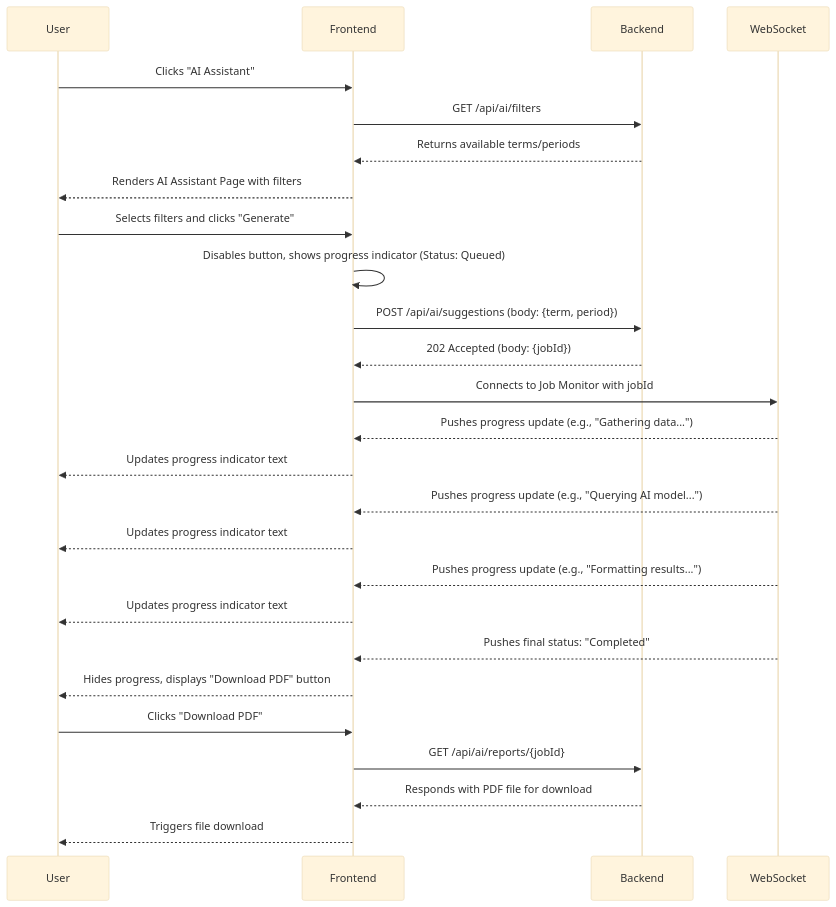
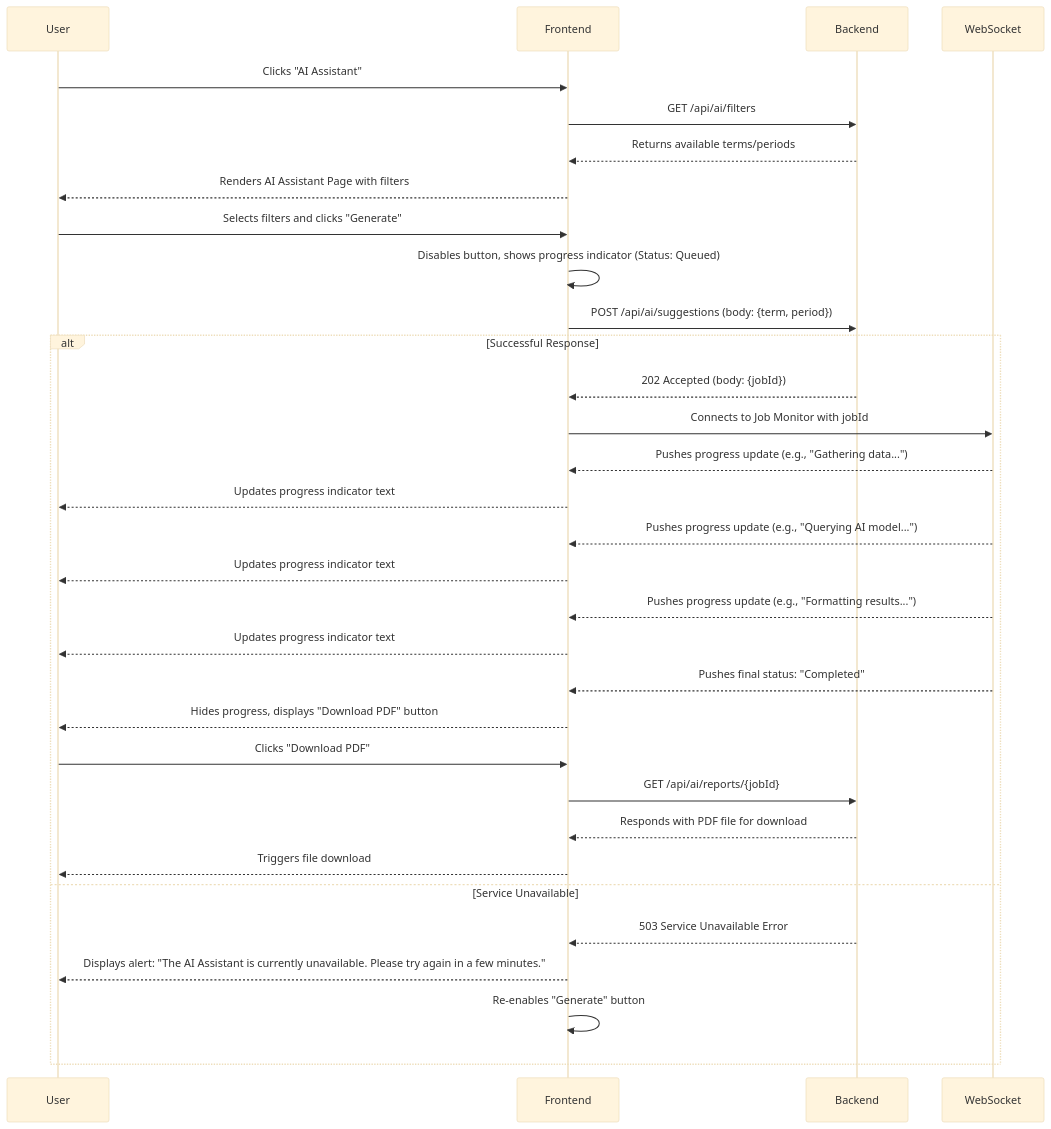
Before and after one commit to HunterKart/proficiency-faculty-evaluation: the third of 18 diagrams in docs/front-end-spec.md, drawn with Mermaid (base theme). The commit also changed other lines of this file and 1 other file, not shown here.

Commit message:
Added considerations to rate limiting as safeguard for Gemini API
With the possibility of abuse or misuse, rate limiting safeguards were added and specified in the PRD and of the user flows within the front-end-spec.

````diff
--- a/docs/front-end-spec.md
+++ b/docs/front-end-spec.md
@@ -200,32 +202,40 @@
 ```mermaid
 sequenceDiagram
     participant User
     participant Frontend
     participant Backend
     participant WebSocket
 
     User->>Frontend: Clicks "AI Assistant"
     Frontend->>Backend: GET /api/ai/filters
     Backend-->>Frontend: Returns available terms/periods
     Frontend-->>User: Renders AI Assistant Page with filters
 
     User->>Frontend: Selects filters and clicks "Generate"
     Frontend->>Frontend: Disables button, shows progress indicator (Status: Queued)
     Frontend->>Backend: POST /api/ai/suggestions (body: {term, period})
-    Backend-->>Frontend: 202 Accepted (body: {jobId})
-    Frontend->>WebSocket: Connects to Job Monitor with jobId
 
-    WebSocket-->>Frontend: Pushes progress update (e.g., "Gathering data...")
-    Frontend-->>User: Updates progress indicator text
-    WebSocket-->>Frontend: Pushes progress update (e.g., "Querying AI model...")
-    Frontend-->>User: Updates progress indicator text
-    WebSocket-->>Frontend: Pushes progress update (e.g., "Formatting results...")
-    Frontend-->>User: Updates progress indicator text
-    WebSocket-->>Frontend: Pushes final status: "Completed"
-    Frontend-->>User: Hides progress, displays "Download PDF" button
+    alt Successful Response
+        Backend-->>Frontend: 202 Accepted (body: {jobId})
+        Frontend->>WebSocket: Connects to Job Monitor with jobId
 
-    User->>Frontend: Clicks "Download PDF"
-    Frontend->>Backend: GET /api/ai/reports/{jobId}
-    Backend-->>Frontend: Responds with PDF file for download
-    Frontend-->>User: Triggers file download
+        WebSocket-->>Frontend: Pushes progress update (e.g., "Gathering data...")
+        Frontend-->>User: Updates progress indicator text
+        WebSocket-->>Frontend: Pushes progress update (e.g., "Querying AI model...")
+        Frontend-->>User: Updates progress indicator text
+        WebSocket-->>Frontend: Pushes progress update (e.g., "Formatting results...")
+        Frontend-->>User: Updates progress indicator text
+        WebSocket-->>Frontend: Pushes final status: "Completed"
+        Frontend-->>User: Hides progress, displays "Download PDF" button
+
+        User->>Frontend: Clicks "Download PDF"
+        Frontend->>Backend: GET /api/ai/reports/{jobId}
+        Backend-->>Frontend: Responds with PDF file for download
+        Frontend-->>User: Triggers file download
+
+    else Service Unavailable
+        Backend-->>Frontend: 503 Service Unavailable Error
+        Frontend-->>User: Displays alert: "The AI Assistant is currently unavailable. Please try again in a few minutes."
+        Frontend->>Frontend: Re-enables "Generate" button
+    end
 ```
````
